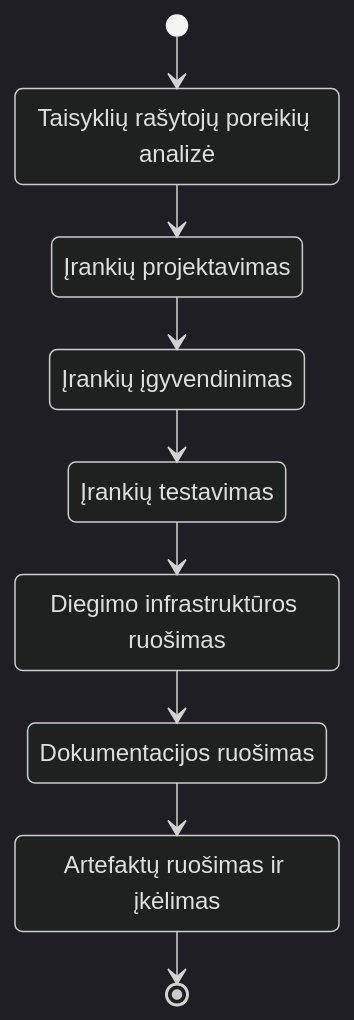
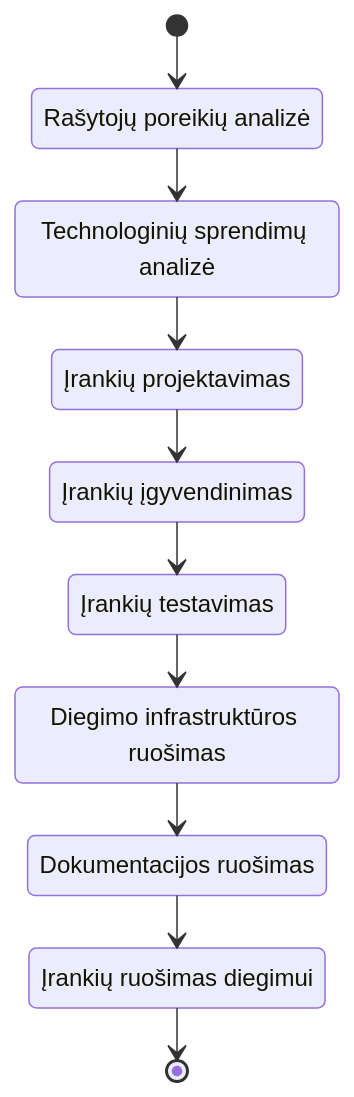
Before and after one commit to ArnasVaic/Praktika: the diagram in diagrams/flow.mmd, drawn with Mermaid. The commit also changed 4 other files, not shown here.

```diff
--- a/diagrams/flow.mmd
+++ b/diagrams/flow.mmd
@@ -1,23 +1,24 @@
 ---
 config:
   layout: elk
   look: classic
-  theme: dark
 ---
 stateDiagram-v2
-    state "Taisyklių rašytojų poreikių analizė" as req_analysis
+    state "Rašytojų poreikių analizė" as req_analysis
+    state "Technologinių sprendimų analizė" as tech_analysis
     state "Įrankių projektavimas" as tool_design
     state "Įrankių įgyvendinimas" as tech_choice
     state "Įrankių testavimas" as testing
     state "Diegimo infrastruktūros ruošimas" as infra
-    state "Artefaktų ruošimas ir įkėlimas" as install
+    state "Įrankių ruošimas diegimui" as install
     state "Dokumentacijos ruošimas" as docs
 
     [*] --> req_analysis
-    req_analysis --> tool_design
+    req_analysis --> tech_analysis
+    tech_analysis --> tool_design
     tool_design --> tech_choice
     tech_choice --> testing
     testing --> infra
     infra --> docs
     docs --> install
     install --> [*]
```
